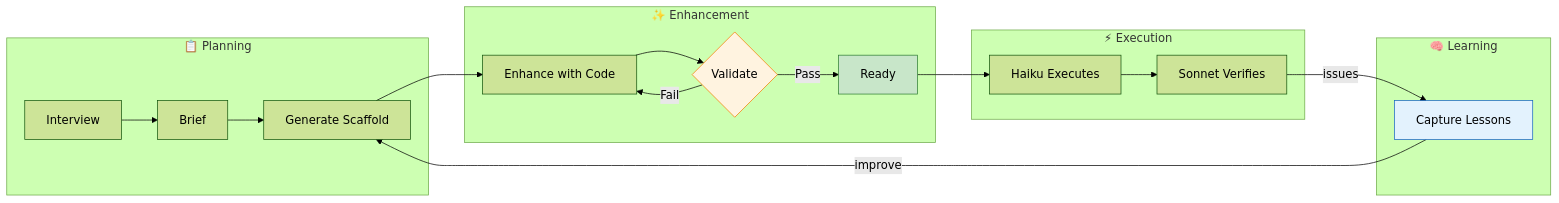
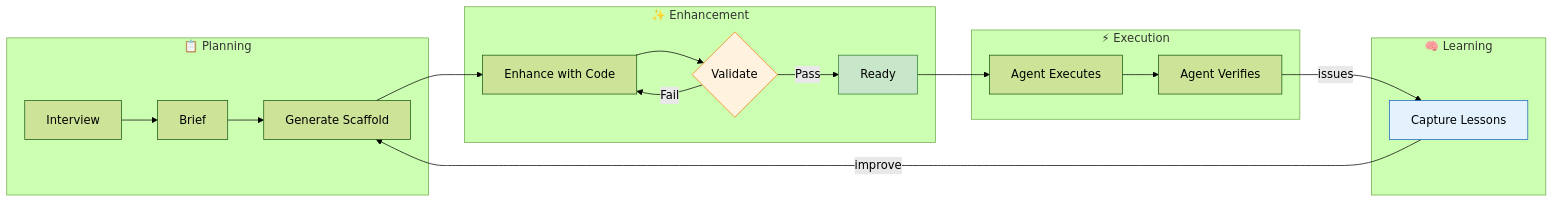
One commit to mmorris35/devplan-mcp-server changed the diagram in README.md. Above: the diagram before and after it, drawn with Mermaid (forest theme). The commit also changed other lines of this file and 1 other file, not shown here.

````diff
--- a/README.md
+++ b/README.md
@@ -64,28 +64,28 @@
 ```mermaid
 flowchart LR
     subgraph Planning["📋 Planning"]
         A[Interview] --> B[Brief]
         B --> C[Generate Scaffold]
     end
 
     subgraph Enhancement["✨ Enhancement"]
         C --> D[Enhance with Code]
         D --> E{Validate}
         E -->|Fail| D
         E -->|Pass| F[Ready]
     end
 
     subgraph Execution["⚡ Execution"]
-        F --> G[Haiku Executes]
-        G --> H[Sonnet Verifies]
+        F --> G[Agent Executes]
+        G --> H[Agent Verifies]
     end
 
     subgraph Learning["🧠 Learning"]
         H -->|issues| I[Capture Lessons]
         I -->|improve| C
     end
 
     style E fill:#fff3e0,stroke:#f57c00
     style F fill:#c8e6c9,stroke:#2e7d32
     style I fill:#e3f2fd,stroke:#1565c0
 ```
````
